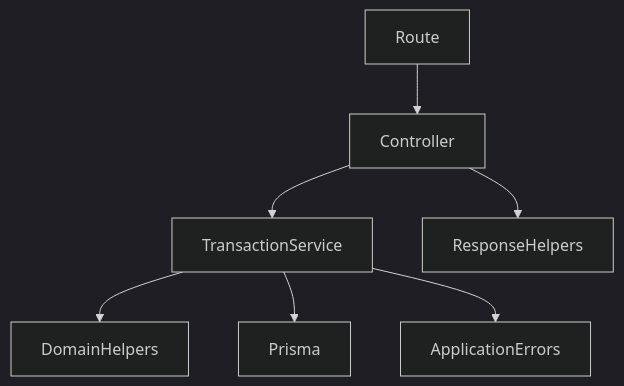
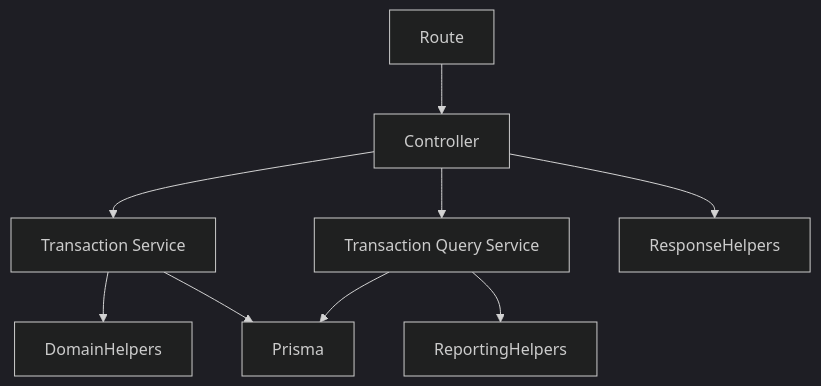
Before and after one commit to acuyaldi/pocket-mint-backend: the diagram in docs/architecture-transaction-service.md, drawn with Mermaid (dark theme). The commit also changed other lines of this file, not shown here.

First line of the commit message:
docs: document transaction command-query boundaries

````diff
--- a/docs/architecture-transaction-service.md
+++ b/docs/architecture-transaction-service.md
@@ -11,9 +18,11 @@
 ```mermaid
 flowchart TD
     Route --> Controller
-    Controller --> TransactionService
-    TransactionService --> DomainHelpers
-    TransactionService --> Prisma
-    TransactionService --> ApplicationErrors
+    Controller --> CommandService[Transaction Service]
+    Controller --> QueryService[Transaction Query Service]
+    CommandService --> DomainHelpers
+    QueryService --> ReportingHelpers
+    CommandService --> Prisma
+    QueryService --> Prisma
     Controller --> ResponseHelpers
 ```
````
